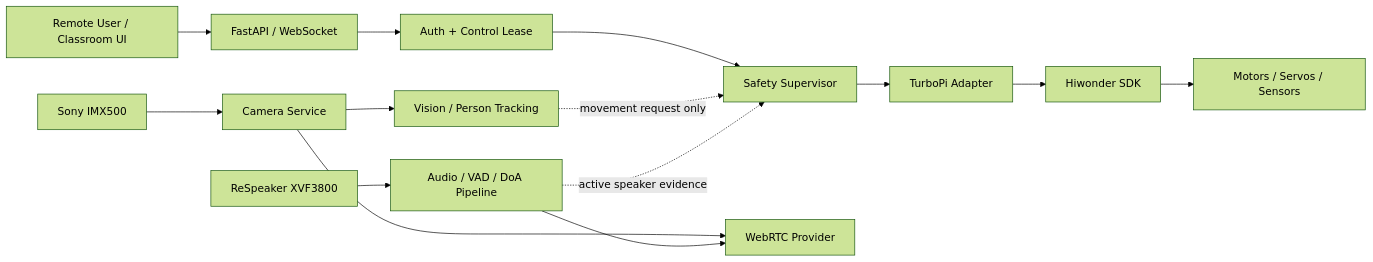
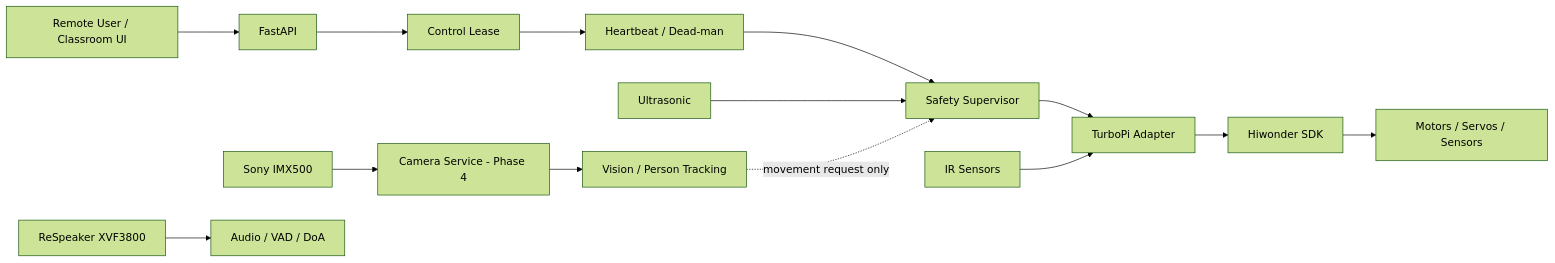
One commit to zk222ac001/ZeeAIBotWebCam changed the diagram in README.md. Above: the diagram before and after it, drawn with Mermaid (forest theme). The commit also changed other lines of this file, not shown here.

Commit message:
Update README for Phase 3 implementation

````diff
--- a/README.md
+++ b/README.md
@@ -56,18 +66,18 @@
 ```mermaid
 flowchart LR
-    UI[Remote User / Classroom UI] --> API[FastAPI / WebSocket]
-    API --> AUTH[Auth + Control Lease]
-    AUTH --> SAFE[Safety Supervisor]
+    UI[Remote User / Classroom UI] --> API[FastAPI]
+    API --> LEASE[Control Lease]
+    LEASE --> HEART[Heartbeat / Dead-man]
+    HEART --> SAFE[Safety Supervisor]
     SAFE --> ADAPTER[TurboPi Adapter]
     ADAPTER --> SDK[Hiwonder SDK]
     SDK --> HW[Motors / Servos / Sensors]
 
-    CAM[Sony IMX500] --> CAMERA[Camera Service]
+    SONAR[Ultrasonic] --> SAFE
+    IR[IR Sensors] --> ADAPTER
+    CAM[Sony IMX500] --> CAMERA[Camera Service - Phase 4]
     CAMERA --> VISION[Vision / Person Tracking]
-    CAMERA --> RTC[WebRTC Provider]
-    MIC[ReSpeaker XVF3800] --> AUDIO[Audio / VAD / DoA Pipeline]
-    AUDIO --> RTC
+    MIC[ReSpeaker XVF3800] --> AUDIO[Audio / VAD / DoA]
 
     VISION -. movement request only .-> SAFE
-    AUDIO -. active speaker evidence .-> SAFE
 ```
````
